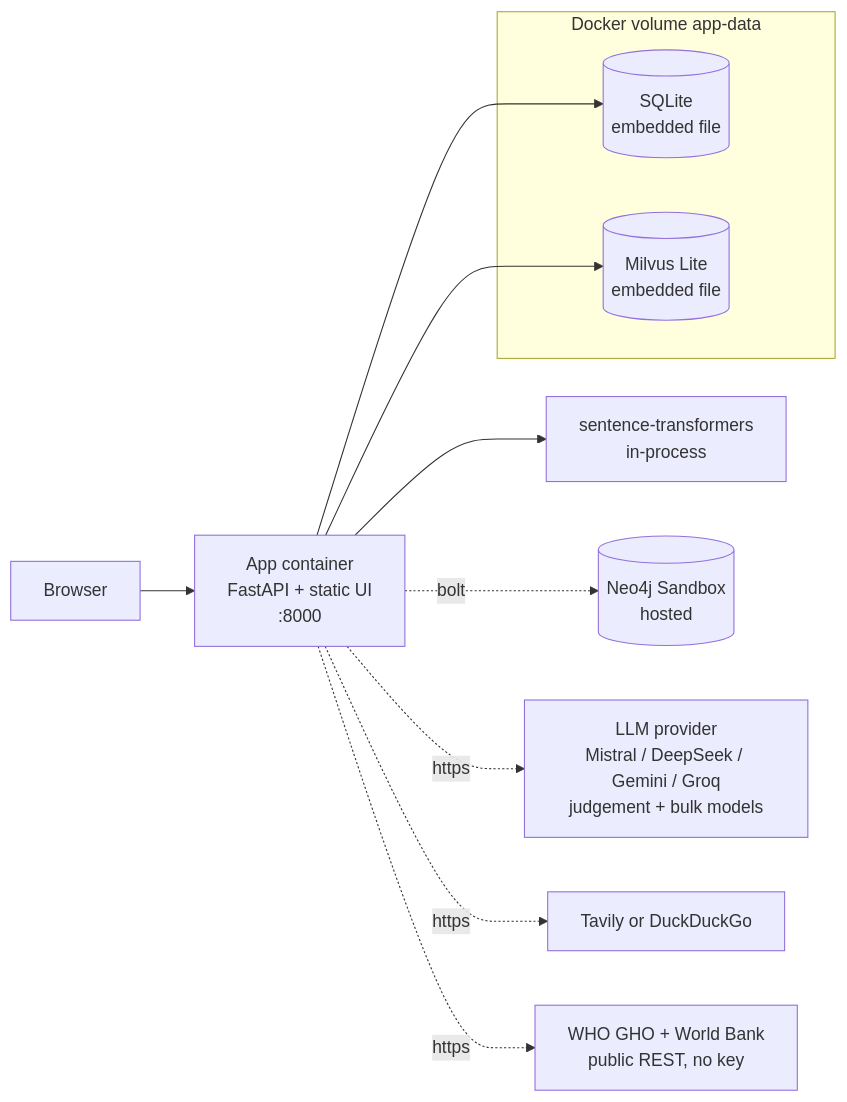
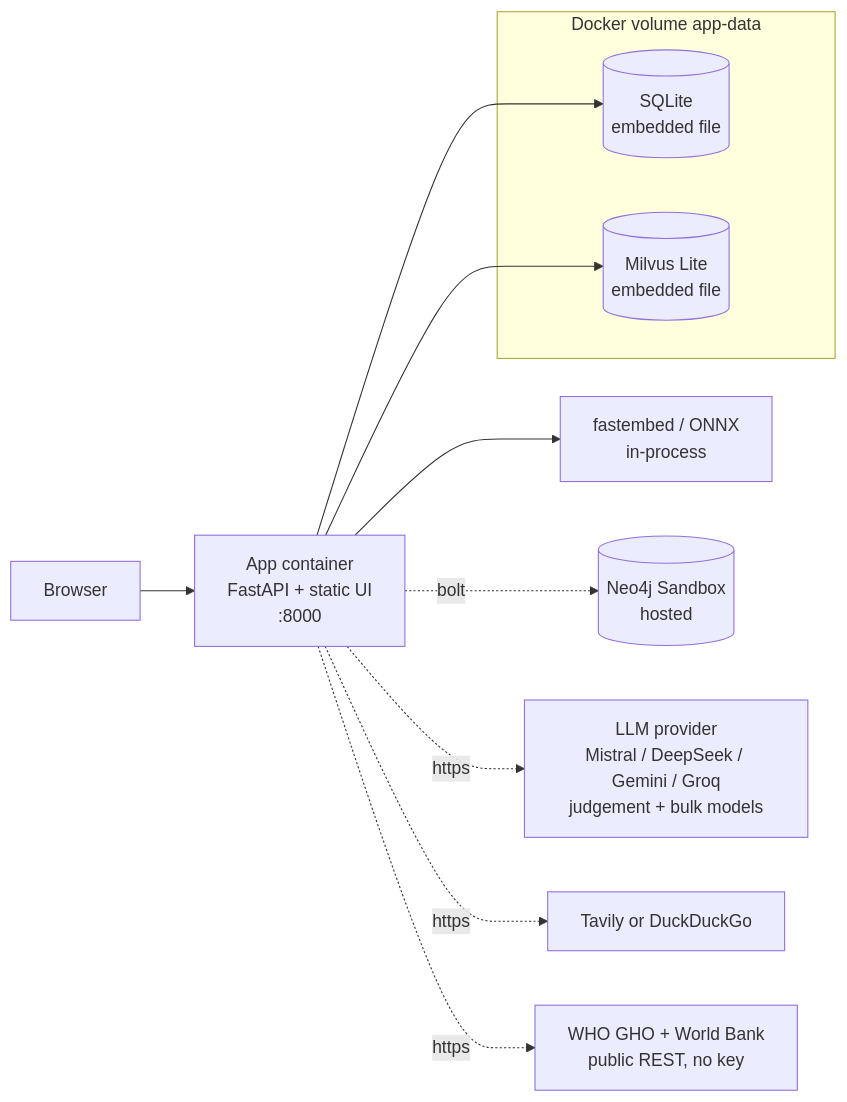
The diagram in docs/DEPLOYMENT.md (suraj19/cardio4cities), drawn with Mermaid before and after one commit. The commit also changed other lines of this file and 24 other files, not shown here.

````diff
--- a/docs/DEPLOYMENT.md
+++ b/docs/DEPLOYMENT.md
@@ -38,16 +38,16 @@
 ```mermaid
 graph LR
   U[Browser] --> A[App container<br/>FastAPI + static UI<br/>:8000]
   A --> S[(SQLite<br/>embedded file)]
   A --> M[(Milvus Lite<br/>embedded file)]
-  A --> E[sentence-transformers<br/>in-process]
+  A --> E[fastembed / ONNX<br/>in-process]
   A -.bolt.-> N[(Neo4j Sandbox<br/>hosted)]
   A -.https.-> L[LLM provider<br/>Mistral / DeepSeek / Gemini / Groq<br/>judgement + bulk models]
   A -.https.-> T[Tavily or DuckDuckGo]
   A -.https.-> O[WHO GHO + World Bank<br/>public REST, no key]
 
   subgraph vol["Docker volume app-data"]
     S
     M
   end
 ```
````
